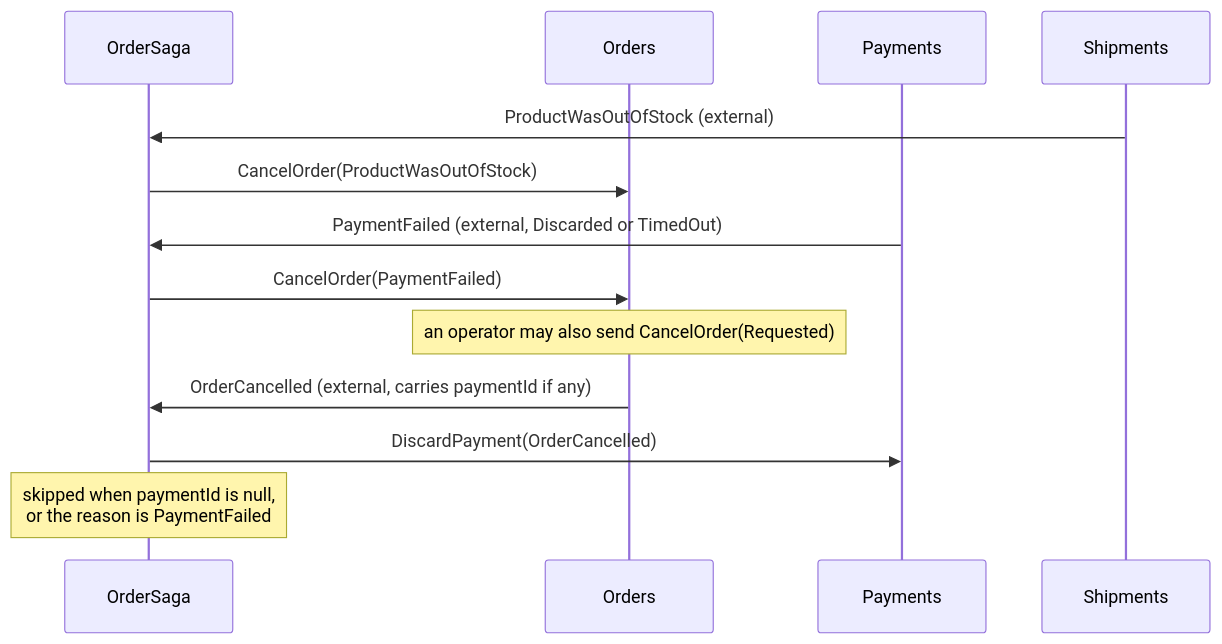
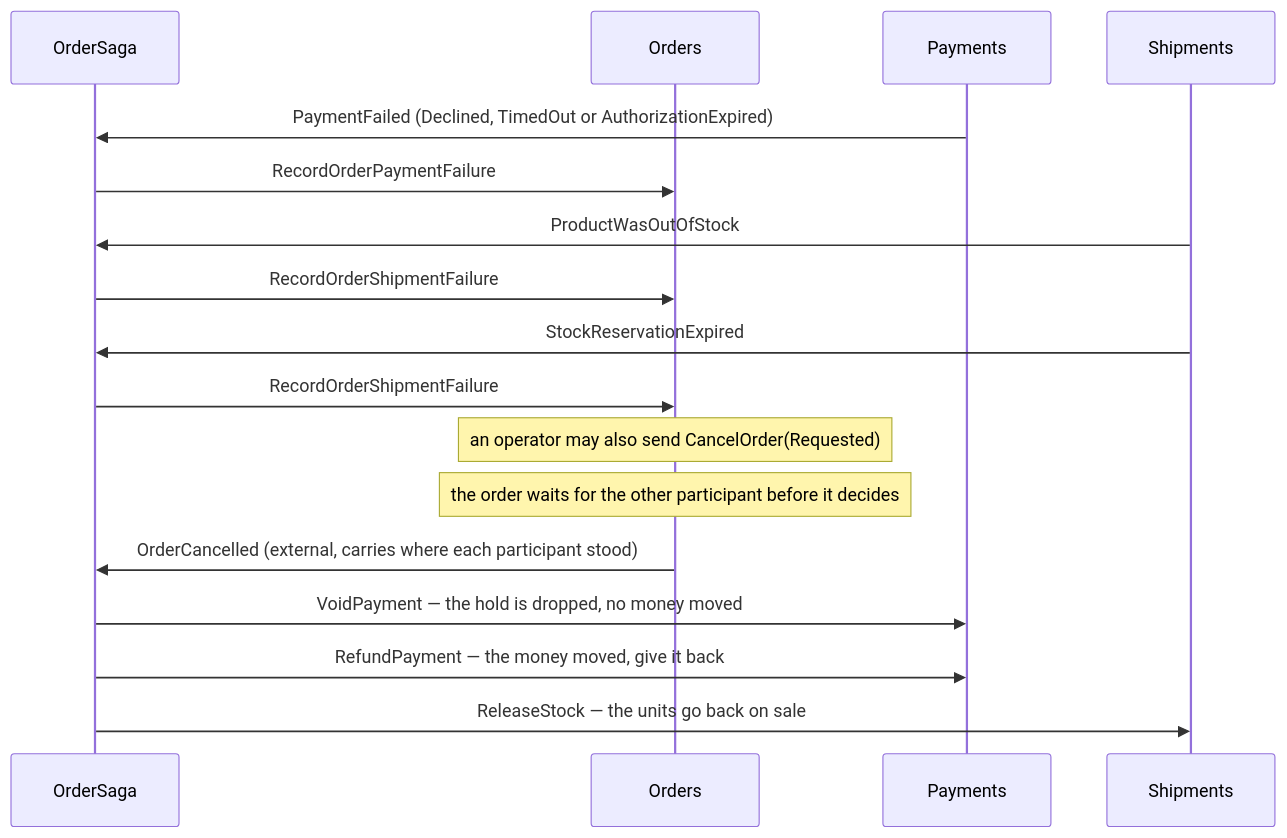
The second of 2 diagrams in spec.md (oskardudycz/EventSourcing.JVM), drawn with Mermaid before and after one commit. The commit also changed other lines of this file and 95 other files, not shown here.

Commit message:
Added the full cancellation and parallel processing flow

````diff
--- a/spec.md
+++ b/spec.md
@@ -94,16 +118,20 @@
 ```mermaid
 sequenceDiagram
     participant Saga as OrderSaga
     participant Order as Orders
     participant Pay as Payments
     participant Ship as Shipments
 
-    Ship->>Saga: ProductWasOutOfStock (external)
-    Saga->>Order: CancelOrder(ProductWasOutOfStock)
-    Pay->>Saga: PaymentFailed (external, Discarded or TimedOut)
-    Saga->>Order: CancelOrder(PaymentFailed)
+    Pay->>Saga: PaymentFailed (Declined, TimedOut or AuthorizationExpired)
+    Saga->>Order: RecordOrderPaymentFailure
+    Ship->>Saga: ProductWasOutOfStock
+    Saga->>Order: RecordOrderShipmentFailure
+    Ship->>Saga: StockReservationExpired
+    Saga->>Order: RecordOrderShipmentFailure
     Note over Order: an operator may also send CancelOrder(Requested)
-    Order->>Saga: OrderCancelled (external, carries paymentId if any)
-    Saga->>Pay: DiscardPayment(OrderCancelled)
-    Note over Saga: skipped when paymentId is null,<br/>or the reason is PaymentFailed
+    Note over Order: the order waits for the other participant before it decides
+    Order->>Saga: OrderCancelled (external, carries where each participant stood)
+    Saga->>Pay: VoidPayment — the hold is dropped, no money moved
+    Saga->>Pay: RefundPayment — the money moved, give it back
+    Saga->>Ship: ReleaseStock — the units go back on sale
 ```
````
